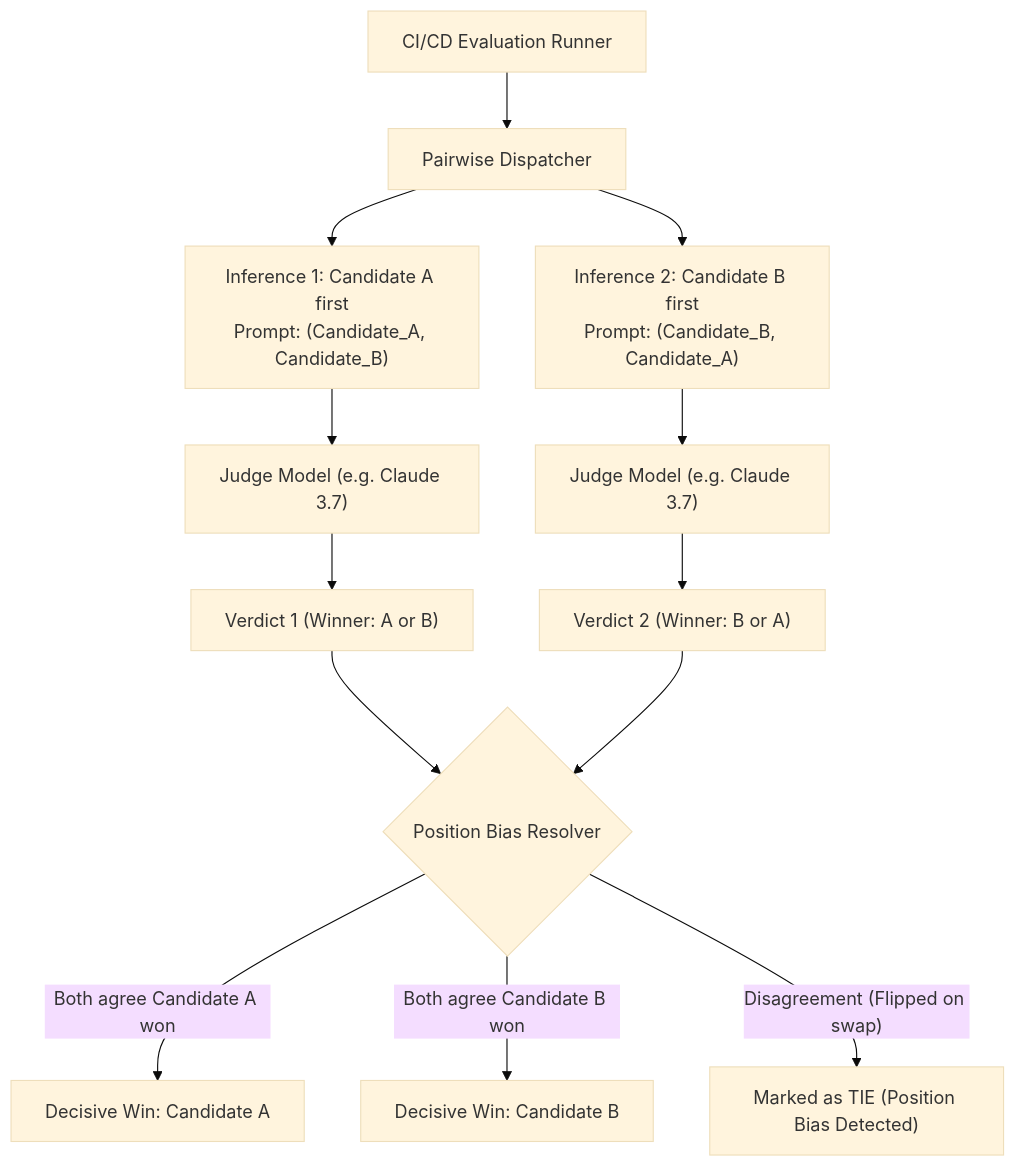
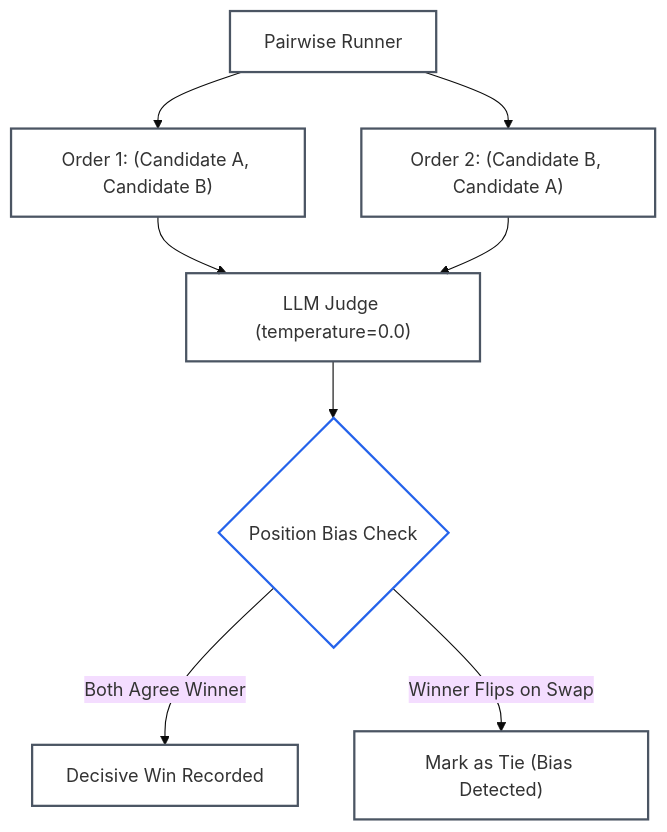
The second of 2 diagrams in 06-evals-and-observability/02-model-based-evaluations-and-judge-architectures.md (dip4k/senior-engineer-to-ai-engineer-roadmap), drawn with Mermaid (base theme) before and after one commit. The commit also changed other lines of this file and 10 other files, not shown here.

````diff
--- a/06-evals-and-observability/02-model-based-evaluations-and-judge-architectures.md
+++ b/06-evals-and-observability/02-model-based-evaluations-and-judge-architectures.md
@@ -333,20 +344,17 @@
 ```mermaid
 flowchart TD
-    Runner["CI/CD Evaluation Runner"] --> Dispatch["Pairwise Dispatcher"]
+    Runner["Pairwise Runner"] --> PairA["Order 1: (Candidate A, Candidate B)"]
+    Runner --> PairB["Order 2: (Candidate B, Candidate A)"]
     
-    Dispatch --> RunA["Inference 1: Candidate A first<br/>Prompt: (Candidate_A, Candidate_B)"]
-    Dispatch --> RunB["Inference 2: Candidate B first<br/>Prompt: (Candidate_B, Candidate_A)"]
+    PairA --> Judge["LLM Judge (temperature=0.0)"]
+    PairB --> Judge
     
-    RunA --> Judge1["Judge Model (e.g. Claude 3.7)"]
-    RunB --> Judge2["Judge Model (e.g. Claude 3.7)"]
+    Judge --> Reconcile{"Position Bias Check"}
     
-    Judge1 --> VerA["Verdict 1 (Winner: A or B)"]
-    Judge2 --> VerB["Verdict 2 (Winner: B or A)"]
-    
-    VerA --> Reconcile{"Position Bias Resolver"}
-    VerB --> Reconcile
-    
-    Reconcile -->|"Both agree Candidate A won"| WinA["Decisive Win: Candidate A"]
-    Reconcile -->|"Both agree Candidate B won"| WinB["Decisive Win: Candidate B"]
-    Reconcile -->|"Disagreement (Flipped on swap)"| Tie["Marked as TIE (Position Bias Detected)"]
+    Reconcile -->|"Both Agree Winner"| Decisive["Decisive Win Recorded"]
+    Reconcile -->|"Winner Flips on Swap"| Tie["Mark as Tie (Bias Detected)"]
+
+    classDef default stroke:#4b5563,stroke-width:2px,fill:none;
+    classDef check stroke:#2563eb,stroke-width:2px,fill:none;
+    class Reconcile check;
 ```
````
